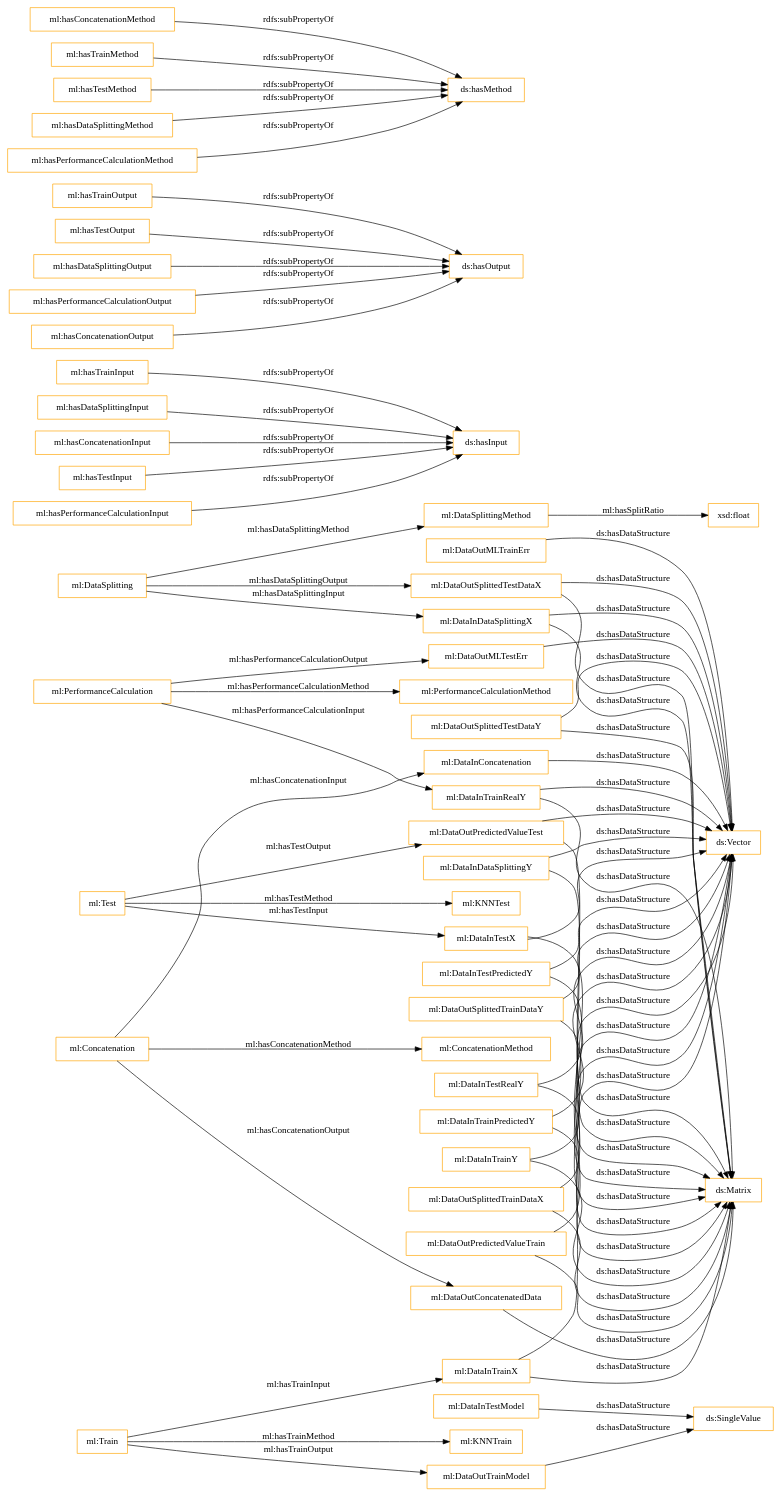
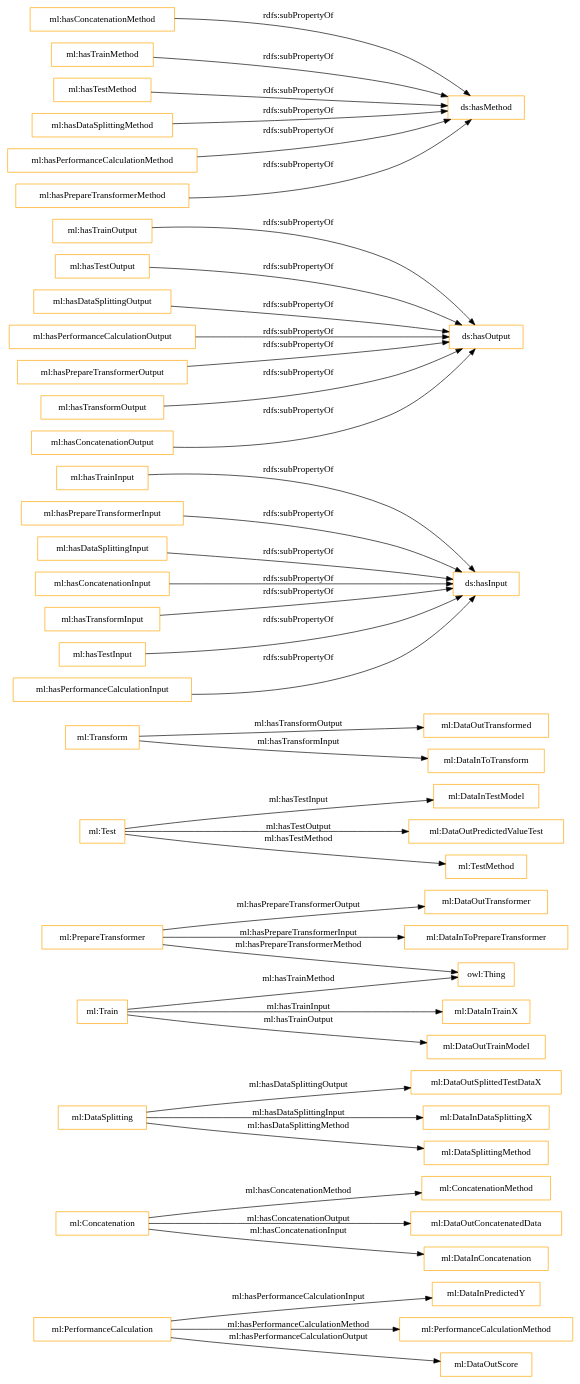
The diagram in OnToology/ml_exeKGOntology.ttl/diagrams/ar2dtool-class/ml_exeKGOntology.ttl.png.dot (nsai-uio/ExeKGOntology), drawn with Graphviz before and after one commit. The commit also changed 31 other files, not shown here.

```diff
--- a/OnToology/ml_exeKGOntology.ttl/diagrams/ar2dtool-class/ml_exeKGOntology.ttl.png.dot
+++ b/OnToology/ml_exeKGOntology.ttl/diagrams/ar2dtool-class/ml_exeKGOntology.ttl.png.dot
@@ -1,73 +1,46 @@
 digraph ar2dtool_diagram { 
 rankdir=LR;
 size="1501"
-node [shape = rectangle, color="orange"]; "ml:DataInTestPredictedY" "ml:DataInDataSplittingY" "ml:DataInTrainY" "ml:DataOutSplittedTestDataX" "ml:PerformanceCalculationMethod" "ml:Concatenation" "ml:ConcatenationMethod" "ml:DataInTestModel" "ml:DataOutPredictedValueTrain" "ml:DataOutMLTrainErr" "ml:DataInTestRealY" "ml:DataInTrainX" "ml:DataOutConcatenatedData" "ml:DataSplitting" "ml:KNNTest" "ml:Test" "ml:DataInDataSplittingX" "ml:DataSplittingMethod" "ml:Train" "ml:PerformanceCalculation" "ml:DataOutTrainModel" "ml:DataOutPredictedValueTest" "ml:DataOutSplittedTrainDataY" "ml:DataOutSplittedTrainDataX" "ml:DataInTestX" "ml:KNNTrain" "ml:DataInTrainPredictedY" "ml:DataOutMLTestErr" "ml:DataOutSplittedTestDataY" "ml:DataInConcatenation" "ml:DataInTrainRealY" ; /*classes style*/
-	"ml:DataOutSplittedTrainDataX" -> "ds:Vector" [ label = "ds:hasDataStructure" ];
-	"ml:DataOutSplittedTrainDataX" -> "ds:Matrix" [ label = "ds:hasDataStructure" ];
-	"ml:DataInTestModel" -> "ds:SingleValue" [ label = "ds:hasDataStructure" ];
+node [shape = rectangle, color="orange"]; "ml:DataInPredictedY" "ml:Concatenation" "ml:PerformanceCalculationMethod" "ml:DataOutSplittedTestDataX" "ml:ConcatenationMethod" "ml:DataOutScore" "ml:PrepareTransformer" "ml:DataInTestModel" "ml:Test" "ml:DataSplitting" "ml:DataOutConcatenatedData" "ml:DataInTrainX" "ml:DataInDataSplittingX" "ml:DataOutTransformed" "ml:DataSplittingMethod" "ml:Train" "ml:PerformanceCalculation" "ml:DataOutTransformer" "ml:DataOutTrainModel" "ml:DataInToTransform" "ml:DataOutPredictedValueTest" "ml:DataInToPrepareTransformer" "ml:TestMethod" "ml:DataInConcatenation" "ml:Transform" ; /*classes style*/
 	"ml:hasTrainInput" -> "ds:hasInput" [ label = "rdfs:subPropertyOf" ];
 	"ml:hasTrainOutput" -> "ds:hasOutput" [ label = "rdfs:subPropertyOf" ];
-	"ml:DataOutTrainModel" -> "ds:SingleValue" [ label = "ds:hasDataStructure" ];
-	"ml:DataInTrainX" -> "ds:Vector" [ label = "ds:hasDataStructure" ];
-	"ml:DataInTrainX" -> "ds:Matrix" [ label = "ds:hasDataStructure" ];
 	"ml:hasTestOutput" -> "ds:hasOutput" [ label = "rdfs:subPropertyOf" ];
-	"ml:DataOutSplittedTestDataY" -> "ds:Vector" [ label = "ds:hasDataStructure" ];
-	"ml:DataOutSplittedTestDataY" -> "ds:Matrix" [ label = "ds:hasDataStructure" ];
-	"ml:DataInDataSplittingY" -> "ds:Vector" [ label = "ds:hasDataStructure" ];
-	"ml:DataInDataSplittingY" -> "ds:Matrix" [ label = "ds:hasDataStructure" ];
-	"ml:DataInTrainPredictedY" -> "ds:Vector" [ label = "ds:hasDataStructure" ];
-	"ml:DataInTrainPredictedY" -> "ds:Matrix" [ label = "ds:hasDataStructure" ];
+	"ml:hasPrepareTransformerInput" -> "ds:hasInput" [ label = "rdfs:subPropertyOf" ];
 	"ml:hasConcatenationMethod" -> "ds:hasMethod" [ label = "rdfs:subPropertyOf" ];
 	"ml:hasDataSplittingOutput" -> "ds:hasOutput" [ label = "rdfs:subPropertyOf" ];
-	"ml:DataOutSplittedTestDataX" -> "ds:Vector" [ label = "ds:hasDataStructure" ];
-	"ml:DataOutSplittedTestDataX" -> "ds:Matrix" [ label = "ds:hasDataStructure" ];
-	"ml:DataInDataSplittingX" -> "ds:Vector" [ label = "ds:hasDataStructure" ];
-	"ml:DataInDataSplittingX" -> "ds:Matrix" [ label = "ds:hasDataStructure" ];
 	"ml:hasTrainMethod" -> "ds:hasMethod" [ label = "rdfs:subPropertyOf" ];
-	"ml:DataInTestX" -> "ds:Vector" [ label = "ds:hasDataStructure" ];
-	"ml:DataInTestX" -> "ds:Matrix" [ label = "ds:hasDataStructure" ];
-	"ml:DataInConcatenation" -> "ds:Vector" [ label = "ds:hasDataStructure" ];
 	"ml:hasPerformanceCalculationOutput" -> "ds:hasOutput" [ label = "rdfs:subPropertyOf" ];
-	"ml:DataOutPredictedValueTest" -> "ds:Vector" [ label = "ds:hasDataStructure" ];
-	"ml:DataOutPredictedValueTest" -> "ds:Matrix" [ label = "ds:hasDataStructure" ];
+	"ml:hasPrepareTransformerOutput" -> "ds:hasOutput" [ label = "rdfs:subPropertyOf" ];
 	"ml:hasTestMethod" -> "ds:hasMethod" [ label = "rdfs:subPropertyOf" ];
-	"ml:DataInTestRealY" -> "ds:Vector" [ label = "ds:hasDataStructure" ];
-	"ml:DataInTestRealY" -> "ds:Matrix" [ label = "ds:hasDataStructure" ];
+	"ml:hasTransformOutput" -> "ds:hasOutput" [ label = "rdfs:subPropertyOf" ];
 	"ml:hasDataSplittingMethod" -> "ds:hasMethod" [ label = "rdfs:subPropertyOf" ];
-	"ml:DataInTrainRealY" -> "ds:Vector" [ label = "ds:hasDataStructure" ];
-	"ml:DataInTrainRealY" -> "ds:Matrix" [ label = "ds:hasDataStructure" ];
 	"ml:hasDataSplittingInput" -> "ds:hasInput" [ label = "rdfs:subPropertyOf" ];
 	"ml:hasConcatenationInput" -> "ds:hasInput" [ label = "rdfs:subPropertyOf" ];
-	"ml:DataOutMLTrainErr" -> "ds:Vector" [ label = "ds:hasDataStructure" ];
 	"ml:hasPerformanceCalculationMethod" -> "ds:hasMethod" [ label = "rdfs:subPropertyOf" ];
-	"ml:DataOutPredictedValueTrain" -> "ds:Vector" [ label = "ds:hasDataStructure" ];
-	"ml:DataOutPredictedValueTrain" -> "ds:Matrix" [ label = "ds:hasDataStructure" ];
-	"ml:DataInTestPredictedY" -> "ds:Vector" [ label = "ds:hasDataStructure" ];
-	"ml:DataInTestPredictedY" -> "ds:Matrix" [ label = "ds:hasDataStructure" ];
-	"ml:DataOutConcatenatedData" -> "ds:Matrix" [ label = "ds:hasDataStructure" ];
-	"ml:DataOutSplittedTrainDataY" -> "ds:Vector" [ label = "ds:hasDataStructure" ];
-	"ml:DataOutSplittedTrainDataY" -> "ds:Matrix" [ label = "ds:hasDataStructure" ];
+	"ml:hasTransformInput" -> "ds:hasInput" [ label = "rdfs:subPropertyOf" ];
+	"ml:hasPrepareTransformerMethod" -> "ds:hasMethod" [ label = "rdfs:subPropertyOf" ];
 	"ml:hasTestInput" -> "ds:hasInput" [ label = "rdfs:subPropertyOf" ];
-	"ml:DataInTrainY" -> "ds:Vector" [ label = "ds:hasDataStructure" ];
-	"ml:DataInTrainY" -> "ds:Matrix" [ label = "ds:hasDataStructure" ];
 	"ml:hasPerformanceCalculationInput" -> "ds:hasInput" [ label = "rdfs:subPropertyOf" ];
 	"ml:hasConcatenationOutput" -> "ds:hasOutput" [ label = "rdfs:subPropertyOf" ];
-	"ml:DataOutMLTestErr" -> "ds:Vector" [ label = "ds:hasDataStructure" ];
+	"ml:Transform" -> "ml:DataInToTransform" [ label = "ml:hasTransformInput" ];
 	"ml:Train" -> "ml:DataOutTrainModel" [ label = "ml:hasTrainOutput" ];
 	"ml:Test" -> "ml:DataOutPredictedValueTest" [ label = "ml:hasTestOutput" ];
+	"ml:PrepareTransformer" -> "ml:DataOutTransformer" [ label = "ml:hasPrepareTransformerOutput" ];
 	"ml:Concatenation" -> "ml:DataInConcatenation" [ label = "ml:hasConcatenationInput" ];
 	"ml:PerformanceCalculation" -> "ml:PerformanceCalculationMethod" [ label = "ml:hasPerformanceCalculationMethod" ];
-	"ml:Test" -> "ml:KNNTest" [ label = "ml:hasTestMethod" ];
-	"ml:PerformanceCalculation" -> "ml:DataOutMLTestErr" [ label = "ml:hasPerformanceCalculationOutput" ];
+	"ml:Test" -> "ml:TestMethod" [ label = "ml:hasTestMethod" ];
+	"ml:PrepareTransformer" -> "owl:Thing" [ label = "ml:hasPrepareTransformerMethod" ];
+	"ml:PrepareTransformer" -> "ml:DataInToPrepareTransformer" [ label = "ml:hasPrepareTransformerInput" ];
+	"ml:PerformanceCalculation" -> "ml:DataOutScore" [ label = "ml:hasPerformanceCalculationOutput" ];
 	"ml:DataSplitting" -> "ml:DataSplittingMethod" [ label = "ml:hasDataSplittingMethod" ];
-	"ml:Test" -> "ml:DataInTestX" [ label = "ml:hasTestInput" ];
+	"ml:Test" -> "ml:DataInTestModel" [ label = "ml:hasTestInput" ];
 	"ml:Concatenation" -> "ml:ConcatenationMethod" [ label = "ml:hasConcatenationMethod" ];
 	"ml:DataSplitting" -> "ml:DataOutSplittedTestDataX" [ label = "ml:hasDataSplittingOutput" ];
-	"ml:PerformanceCalculation" -> "ml:DataInTrainRealY" [ label = "ml:hasPerformanceCalculationInput" ];
-	"ml:Train" -> "ml:KNNTrain" [ label = "ml:hasTrainMethod" ];
+	"ml:PerformanceCalculation" -> "ml:DataInPredictedY" [ label = "ml:hasPerformanceCalculationInput" ];
+	"ml:Train" -> "owl:Thing" [ label = "ml:hasTrainMethod" ];
 	"ml:DataSplitting" -> "ml:DataInDataSplittingX" [ label = "ml:hasDataSplittingInput" ];
 	"ml:Concatenation" -> "ml:DataOutConcatenatedData" [ label = "ml:hasConcatenationOutput" ];
+	"ml:Transform" -> "ml:DataOutTransformed" [ label = "ml:hasTransformOutput" ];
 	"ml:Train" -> "ml:DataInTrainX" [ label = "ml:hasTrainInput" ];
-	"ml:DataSplittingMethod" -> "xsd:float" [ label = "ml:hasSplitRatio" ];
 
 }
```
